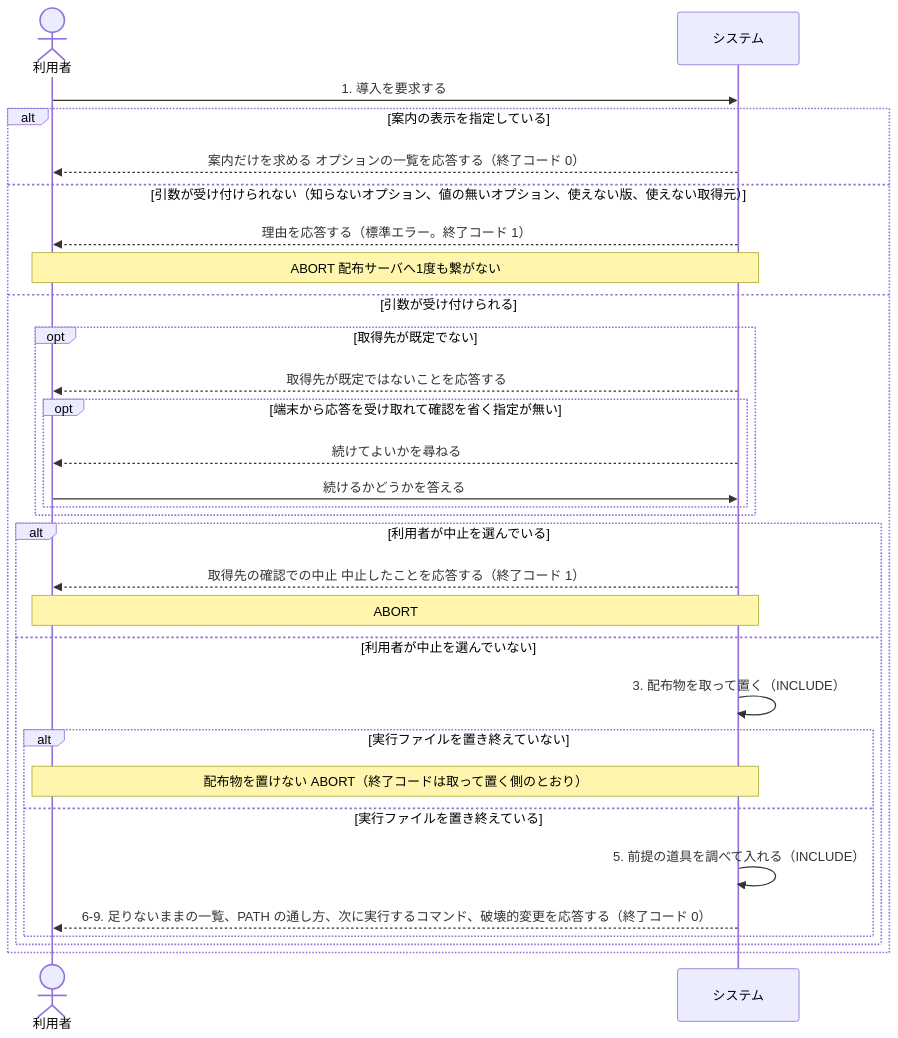
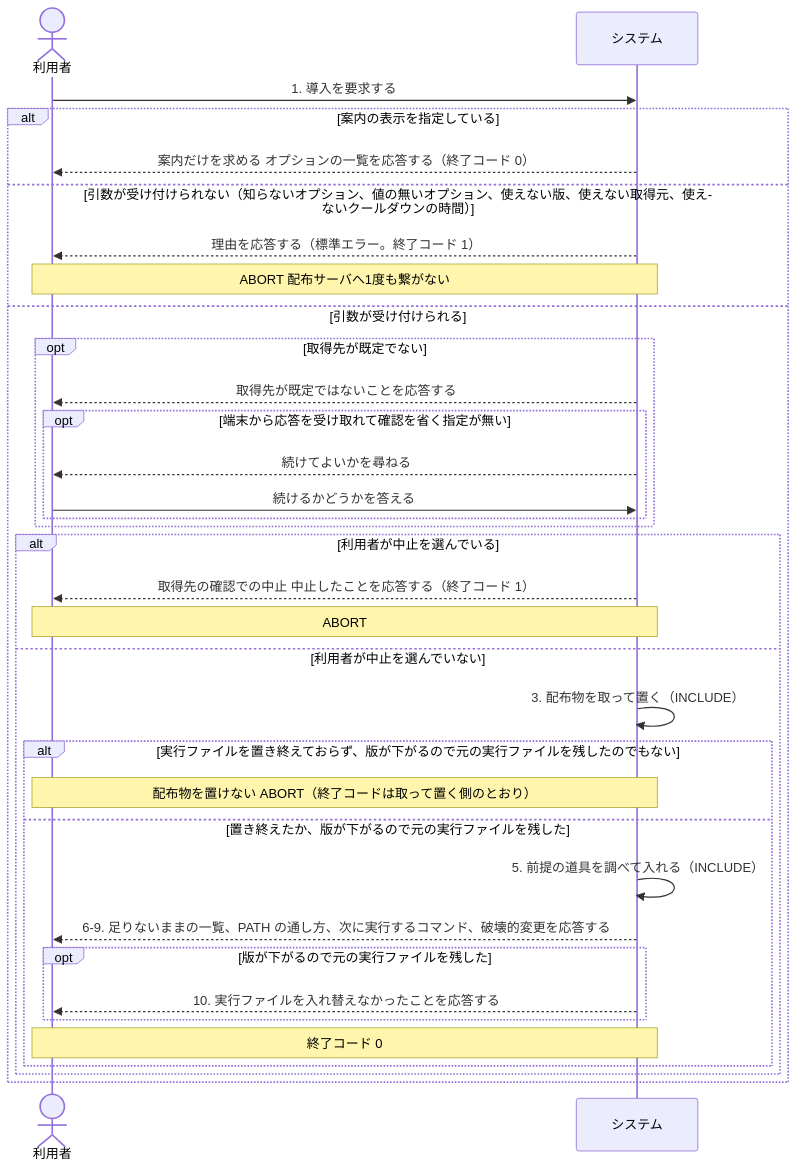
Before and after one commit to maimuzo/continuo: the second of 2 diagrams in docs/spec/usecases/particular_case/continuoを入れる.rucm.md, drawn with Mermaid. The commit also changed other lines of this file and 12 other files, not shown here.

````diff
--- a/docs/spec/usecases/particular_case/continuoを入れる.rucm.md
+++ b/docs/spec/usecases/particular_case/continuoを入れる.rucm.md
@@ -192,33 +211,37 @@
 ```mermaid
 sequenceDiagram
     actor USER as 利用者
     participant SYS as システム
 
     USER->>SYS: 1. 導入を要求する
     alt 案内の表示を指定している
         SYS-->>USER: 案内だけを求める オプションの一覧を応答する（終了コード 0）
-    else 引数が受け付けられない（知らないオプション、値の無いオプション、使えない版、使えない取得元）
+    else 引数が受け付けられない（知らないオプション、値の無いオプション、使えない版、使えない取得元、使えないクールダウンの時間）
         SYS-->>USER: 理由を応答する（標準エラー。終了コード 1）
         Note over USER,SYS: ABORT 配布サーバへ1度も繋がない
     else 引数が受け付けられる
         opt 取得先が既定でない
             SYS-->>USER: 取得先が既定ではないことを応答する
             opt 端末から応答を受け取れて確認を省く指定が無い
                 SYS-->>USER: 続けてよいかを尋ねる
                 USER->>SYS: 続けるかどうかを答える
             end
         end
         alt 利用者が中止を選んでいる
             SYS-->>USER: 取得先の確認での中止 中止したことを応答する（終了コード 1）
             Note over USER,SYS: ABORT
         else 利用者が中止を選んでいない
             SYS->>SYS: 3. 配布物を取って置く（INCLUDE）
-            alt 実行ファイルを置き終えていない
+            alt 実行ファイルを置き終えておらず、版が下がるので元の実行ファイルを残したのでもない
                 Note over USER,SYS: 配布物を置けない ABORT（終了コードは取って置く側のとおり）
-            else 実行ファイルを置き終えている
+            else 置き終えたか、版が下がるので元の実行ファイルを残した
                 SYS->>SYS: 5. 前提の道具を調べて入れる（INCLUDE）
-                SYS-->>USER: 6-9. 足りないままの一覧、PATH の通し方、次に実行するコマンド、破壊的変更を応答する（終了コード 0）
+                SYS-->>USER: 6-9. 足りないままの一覧、PATH の通し方、次に実行するコマンド、破壊的変更を応答する
+                opt 版が下がるので元の実行ファイルを残した
+                    SYS-->>USER: 10. 実行ファイルを入れ替えなかったことを応答する
+                end
+                Note over USER,SYS: 終了コード 0
             end
         end
     end
 ```
````
